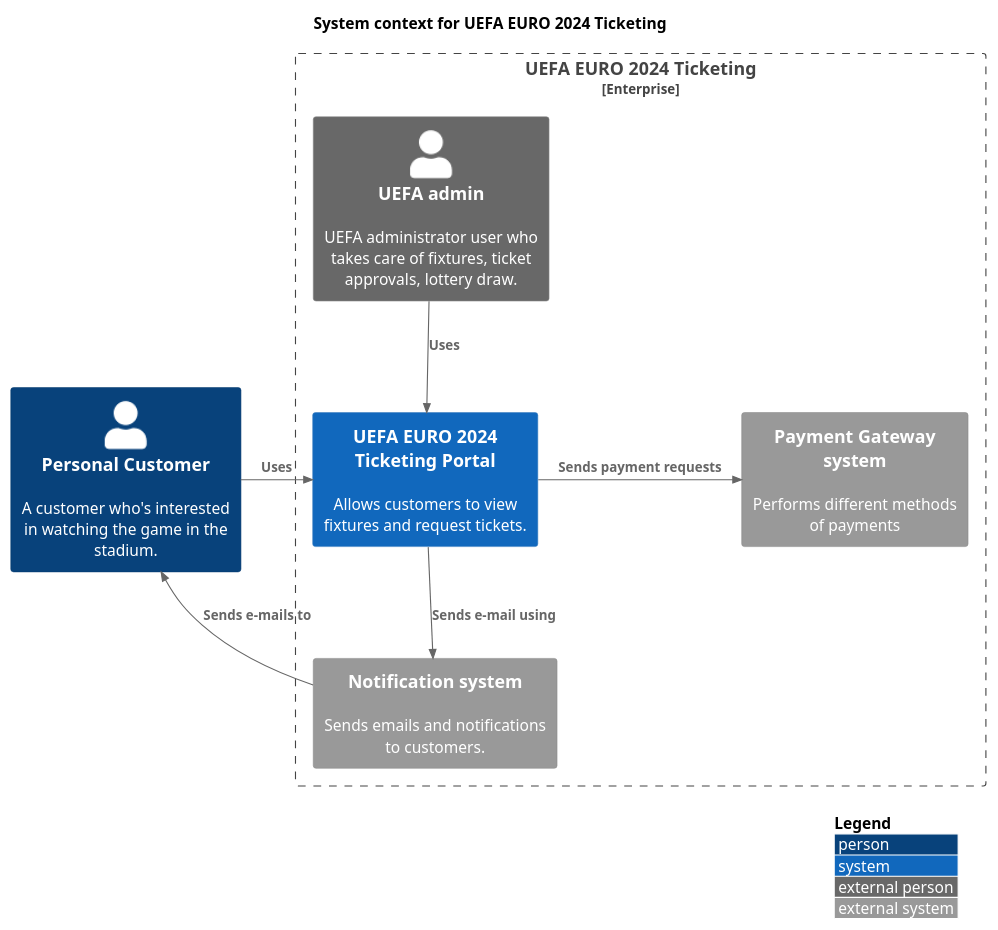
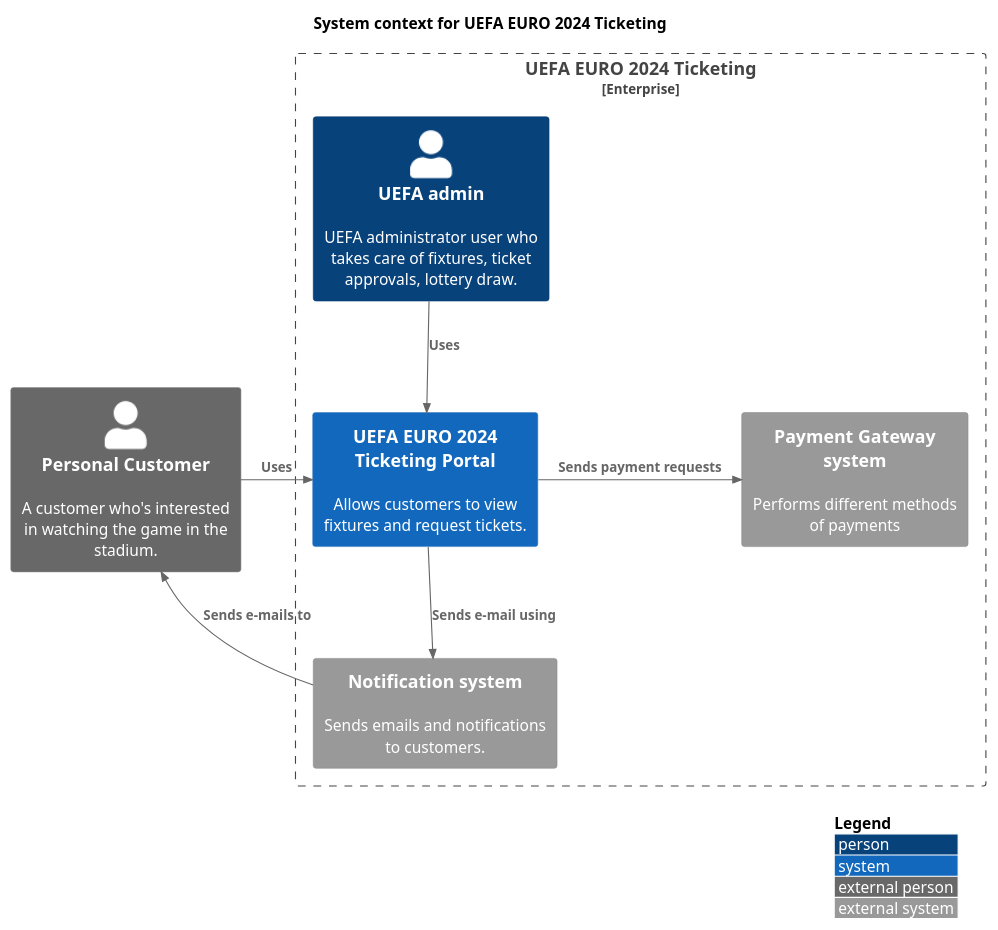
Before and after one commit to hosseinnassiri/architecture-kata-euro2024: the diagram in team_a/C4_Context.puml, drawn with PlantUML. The commit also changed 1 other file, not shown here.

```diff
--- a/team_a/C4_Context.puml
+++ b/team_a/C4_Context.puml
@@ -1,33 +1,33 @@
 @startuml systemcontext
 !include https://raw.githubusercontent.com/plantuml-stdlib/C4-PlantUML/master/C4_Context.puml
 ' uncomment the following line and comment the first to use locally
 ' !include C4_Context.puml
 
 'LAYOUT_TOP_DOWN()
 'LAYOUT_AS_SKETCH()
 LAYOUT_WITH_LEGEND()
 
 title System context for UEFA EURO 2024 Ticketing
 
-Person(customer, "Personal Customer", "A customer who's interested in watching the game in the stadium.")
+Person_Ext(customer, "Personal Customer", "A customer who's interested in watching the game in the stadium.")
 
 Enterprise_Boundary(c0, "UEFA EURO 2024 Ticketing") {
     System(ticketing_portal, "UEFA EURO 2024 Ticketing Portal", "Allows customers to view fixtures and request tickets.")
 
-    Person_Ext(uefa, "UEFA admin", "UEFA administrator user who takes care of fixtures, ticket approvals, lottery draw.")
+    Person(uefa, "UEFA admin", "UEFA administrator user who takes care of fixtures, ticket approvals, lottery draw.")
 
     System_Ext(notification_system, "Notification system", "Sends emails and notifications to customers.")
 
     System_Ext(payment_gateway, "Payment Gateway system", "Performs different methods of payments")
 }
 
 Rel_Neighbor(customer, ticketing_portal, "Uses")
 Rel_Back(customer, notification_system, "Sends e-mails to")
 
 Rel_D(ticketing_portal, notification_system, "Sends e-mail using")
 Rel_R(ticketing_portal, payment_gateway, "Sends payment requests")
 
 Rel_D(uefa, ticketing_portal, "Uses")
 
 Lay_U(notification_system, customer)
 @enduml
```
